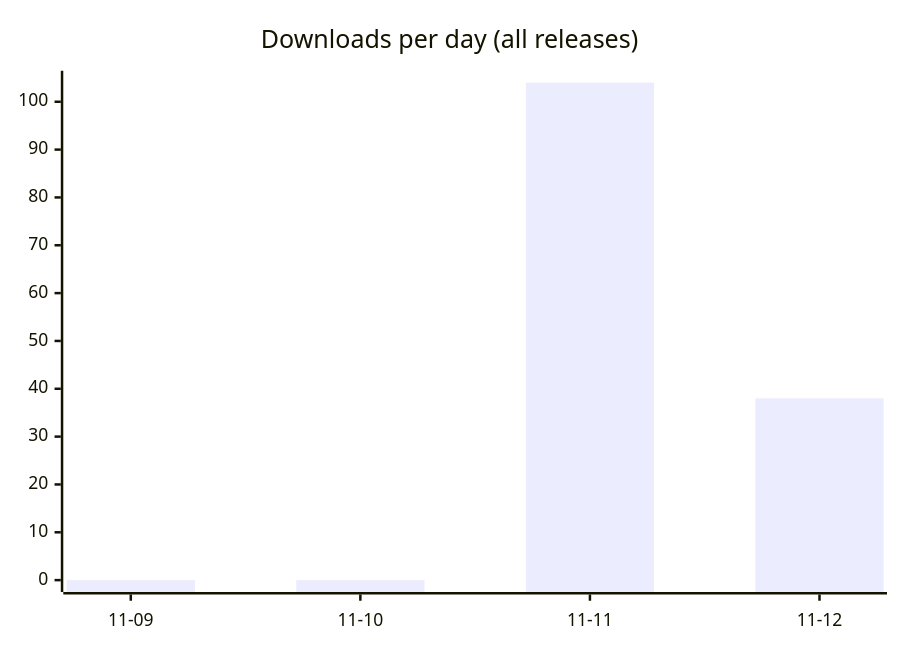
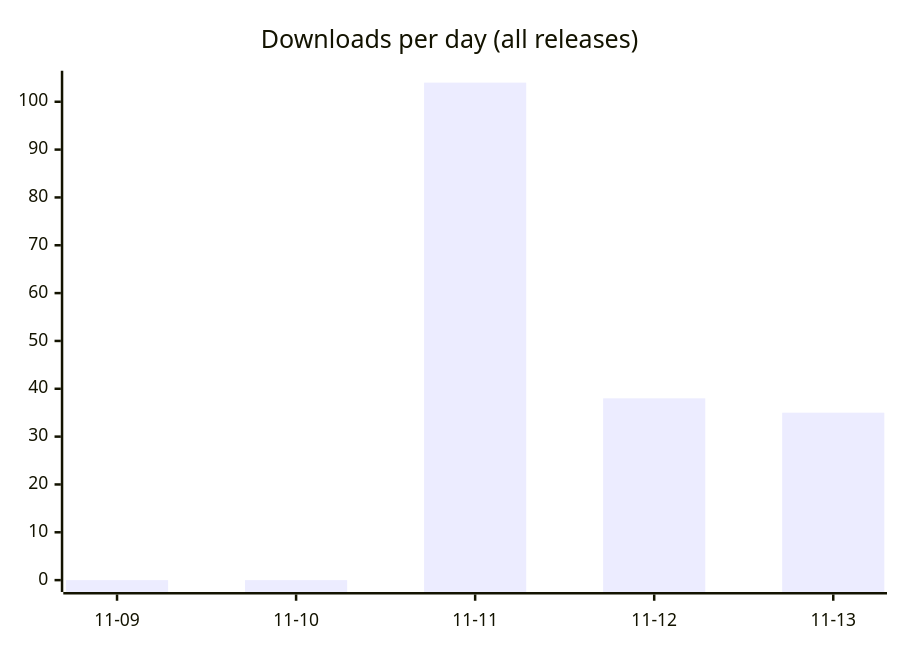
The first of 2 diagrams in README.md (fmadore/Kalamu), drawn with Mermaid before and after one commit. The commit also changed other lines of this file and 3 other files, not shown here.

````diff
--- a/README.md
+++ b/README.md
@@ -42,6 +42,6 @@
 ```mermaid
 xychart-beta
     title "Downloads per day (all releases)"
-    x-axis ["11-09", "11-10", "11-11", "11-12"]
-    bar [0, 0, 104, 38]
+    x-axis ["11-09", "11-10", "11-11", "11-12", "11-13"]
+    bar [0, 0, 104, 38, 35]
 ```
````
